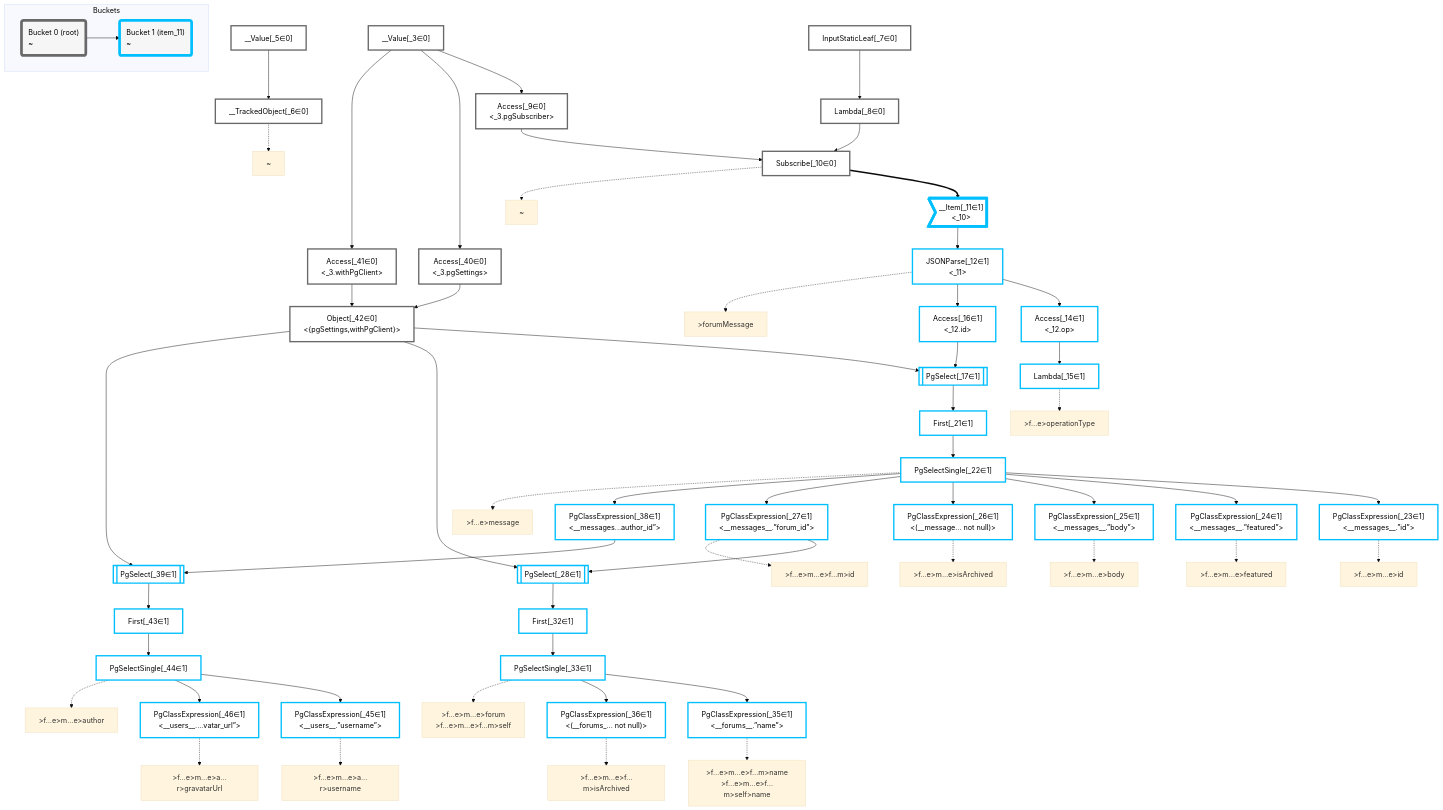
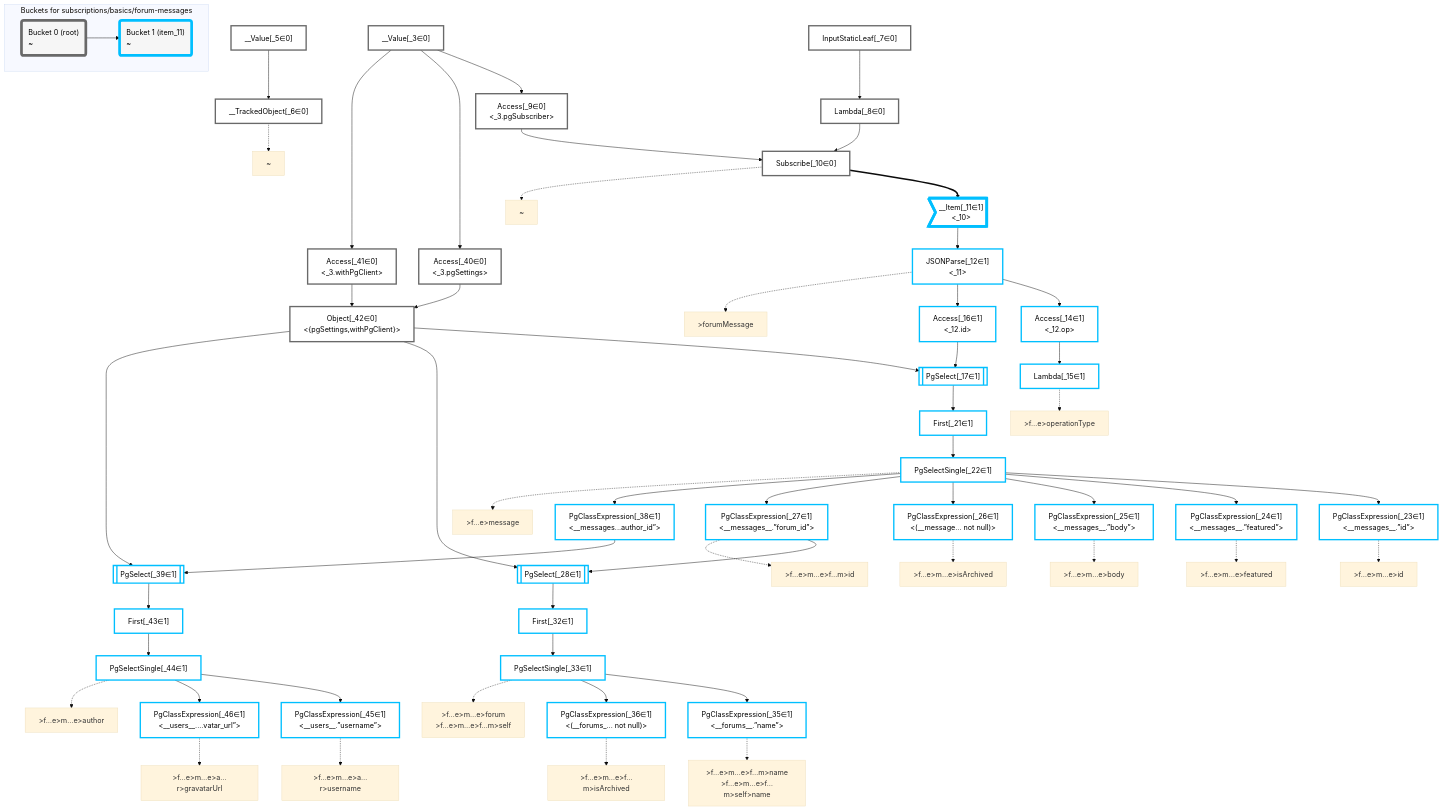
Before and after one commit to graphile/crystal: the diagram in packages/dataplan-pg/__tests__/subscriptions/basics/forum-messages.deopt.mermaid.md, drawn with Mermaid (base theme). The commit also changed 195 other files, not shown here.

```diff
--- a/packages/dataplan-pg/__tests__/subscriptions/basics/forum-messages.deopt.mermaid.md
+++ b/packages/dataplan-pg/__tests__/subscriptions/basics/forum-messages.deopt.mermaid.md
@@ -121,7 +121,7 @@
     classDef bucket1 stroke:#00bfff
     class __Item_11,JSONParse_12,Access_14,Lambda_15,Access_16,PgSelect_17,First_21,PgSelectSingle_22,PgClassExpression_23,PgClassExpression_24,PgClassExpression_25,PgClassExpression_26,PgClassExpression_27,PgSelect_28,First_32,PgSelectSingle_33,PgClassExpression_35,PgClassExpression_36,PgClassExpression_38,PgSelect_39,First_43,PgSelectSingle_44,PgClassExpression_45,PgClassExpression_46 bucket1
 
-    subgraph Buckets
+    subgraph "Buckets for subscriptions/basics/forum-messages"
     Bucket0("Bucket 0 (root)<br />~"):::bucket
     style Bucket0 stroke:#696969
     Bucket1("Bucket 1 (item_11)<br />~"):::bucket
```
